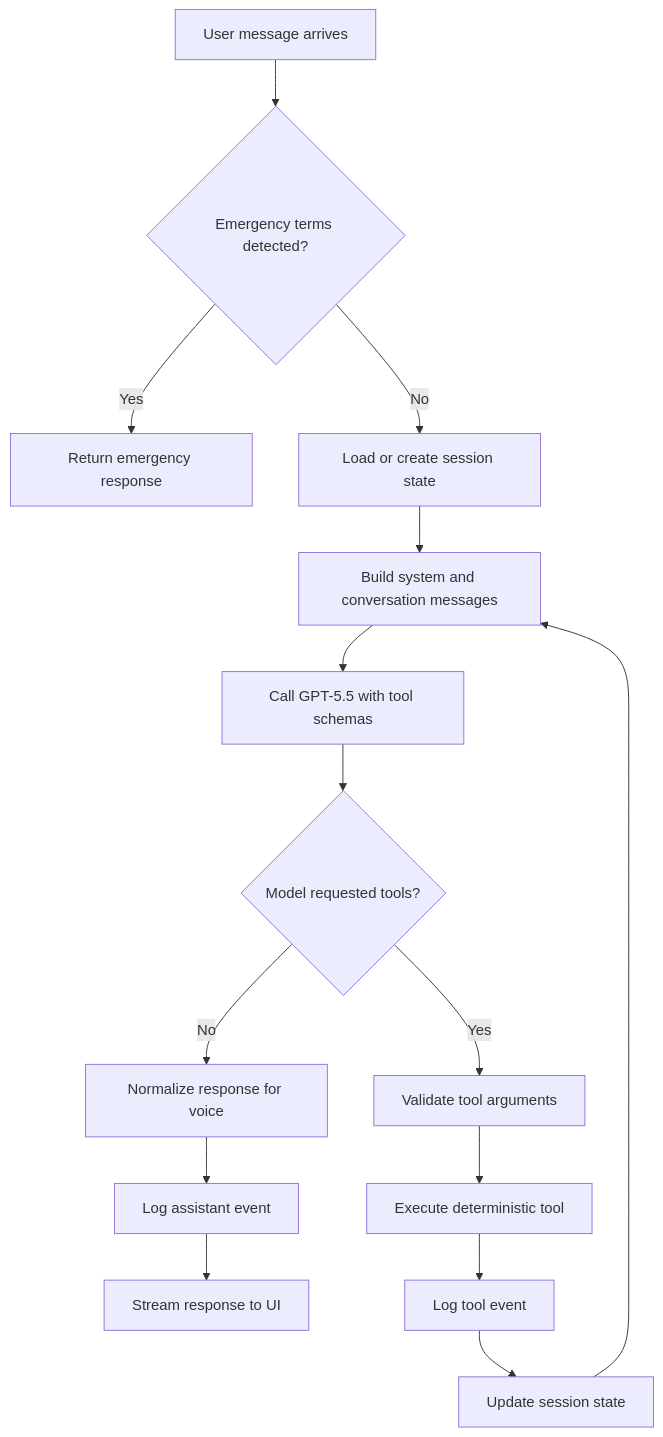
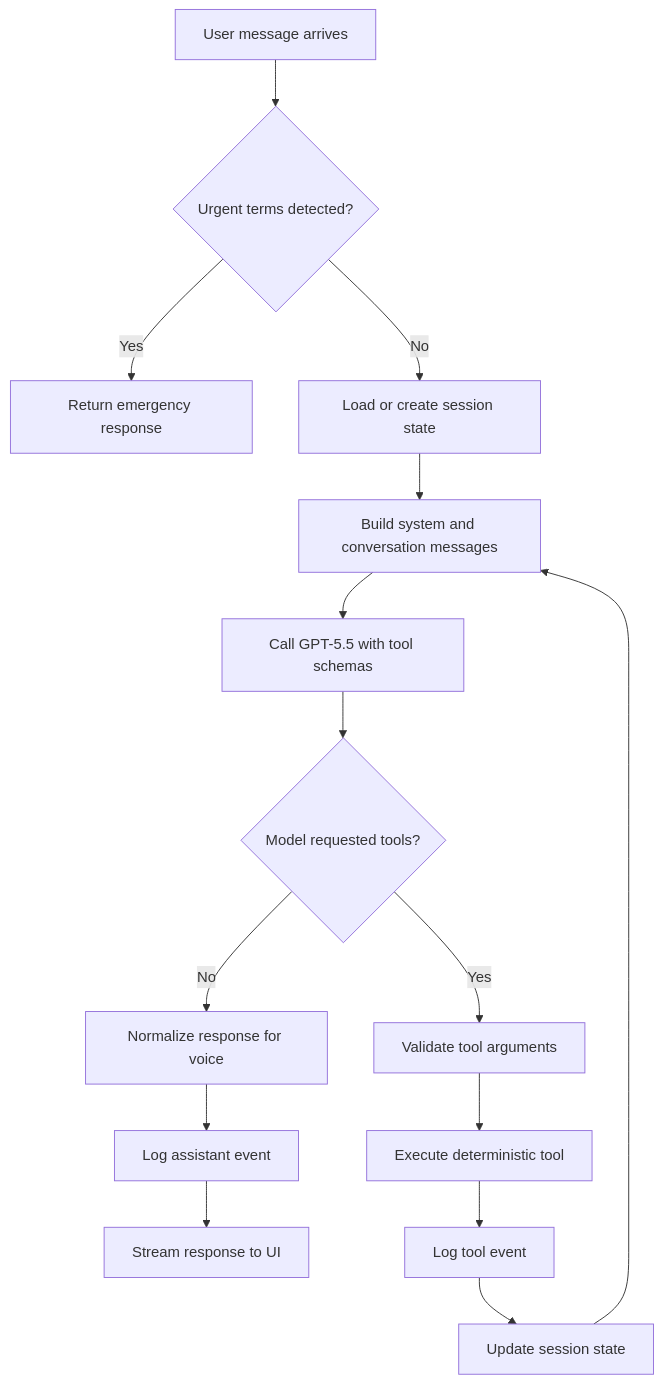
The second of 3 diagrams in docs/ARCHITECTURE.md (amankumarhal/scheduling_agent), drawn with Mermaid before and after one commit. The commit also changed other lines of this file and 9 other files, not shown here.

````diff
--- a/docs/ARCHITECTURE.md
+++ b/docs/ARCHITECTURE.md
@@ -59,17 +59,17 @@
 ```mermaid
 flowchart TD
-    Start[User message arrives] --> Emergency{Emergency terms detected?}
+    Start[User message arrives] --> Emergency{Urgent terms detected?}
     Emergency -->|Yes| EmergencyReply[Return emergency response]
     Emergency -->|No| State[Load or create session state]
     State --> Prompt[Build system and conversation messages]
     Prompt --> LLM[Call GPT-5.5 with tool schemas]
     LLM --> ToolCheck{Model requested tools?}
     ToolCheck -->|No| Normalize[Normalize response for voice]
     Normalize --> LogAssistant[Log assistant event]
     LogAssistant --> Stream[Stream response to UI]
     ToolCheck -->|Yes| Validate[Validate tool arguments]
     Validate --> Execute[Execute deterministic tool]
     Execute --> LogTool[Log tool event]
     LogTool --> StateUpdate[Update session state]
     StateUpdate --> Prompt
 ```
````
